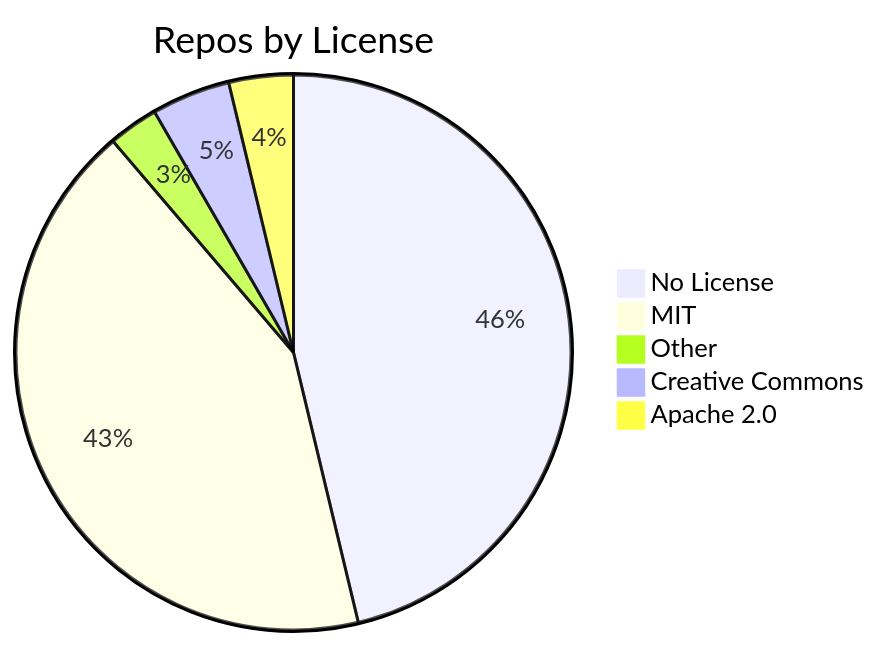
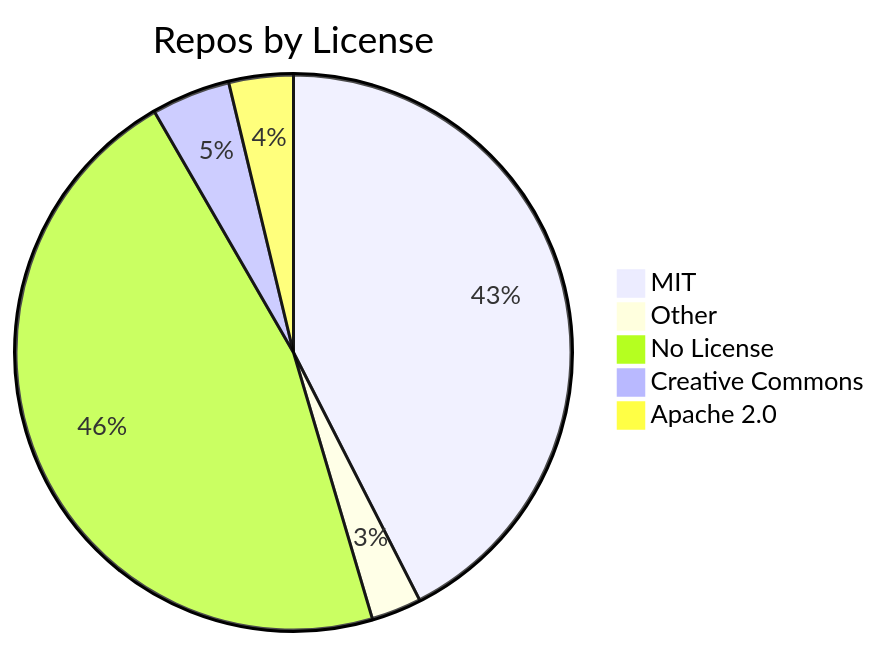
Before and after one commit to jpatterson933/awesome-mcp-server-repo-index: the diagram in README.md, drawn with Mermaid. The commit also changed other lines of this file and 3 other files, not shown here.

````diff
--- a/README.md
+++ b/README.md
@@ -29,8 +29,8 @@
 ```mermaid
 pie title Repos by License
-    "No License" : 111
     "MIT" : 102
     "Other" : 7
+    "No License" : 111
     "Creative Commons" : 11
     "Apache 2.0" : 9
 ```
````
